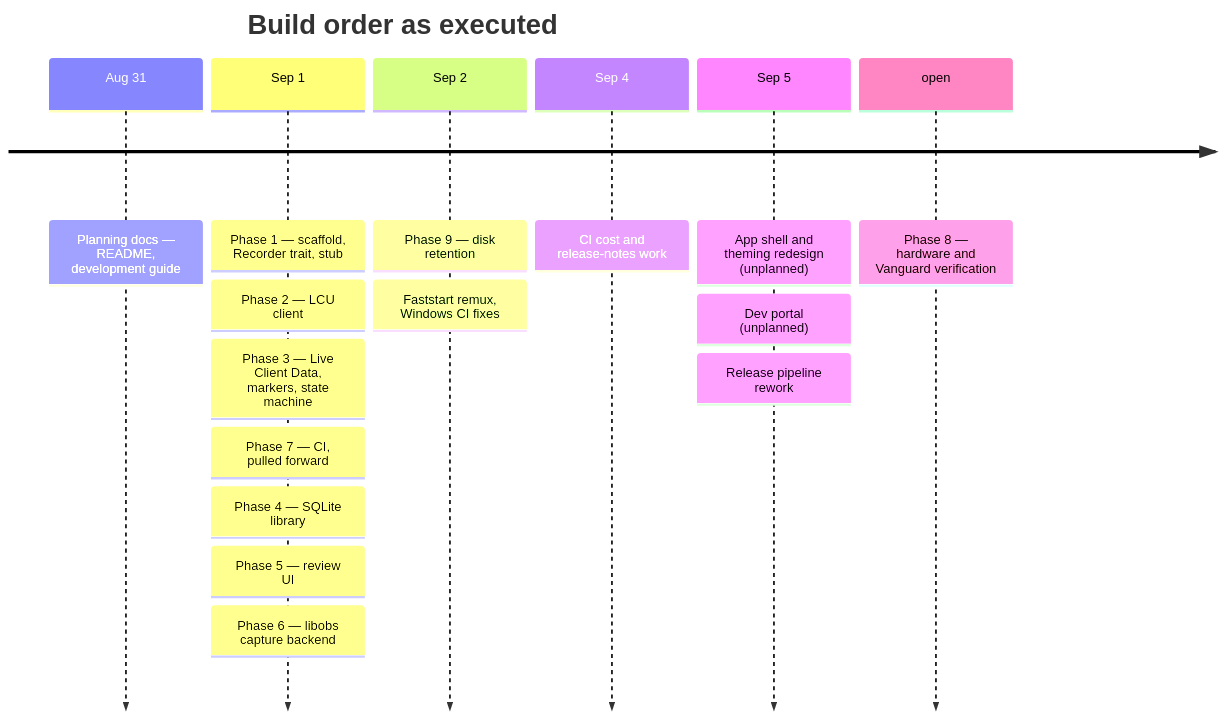
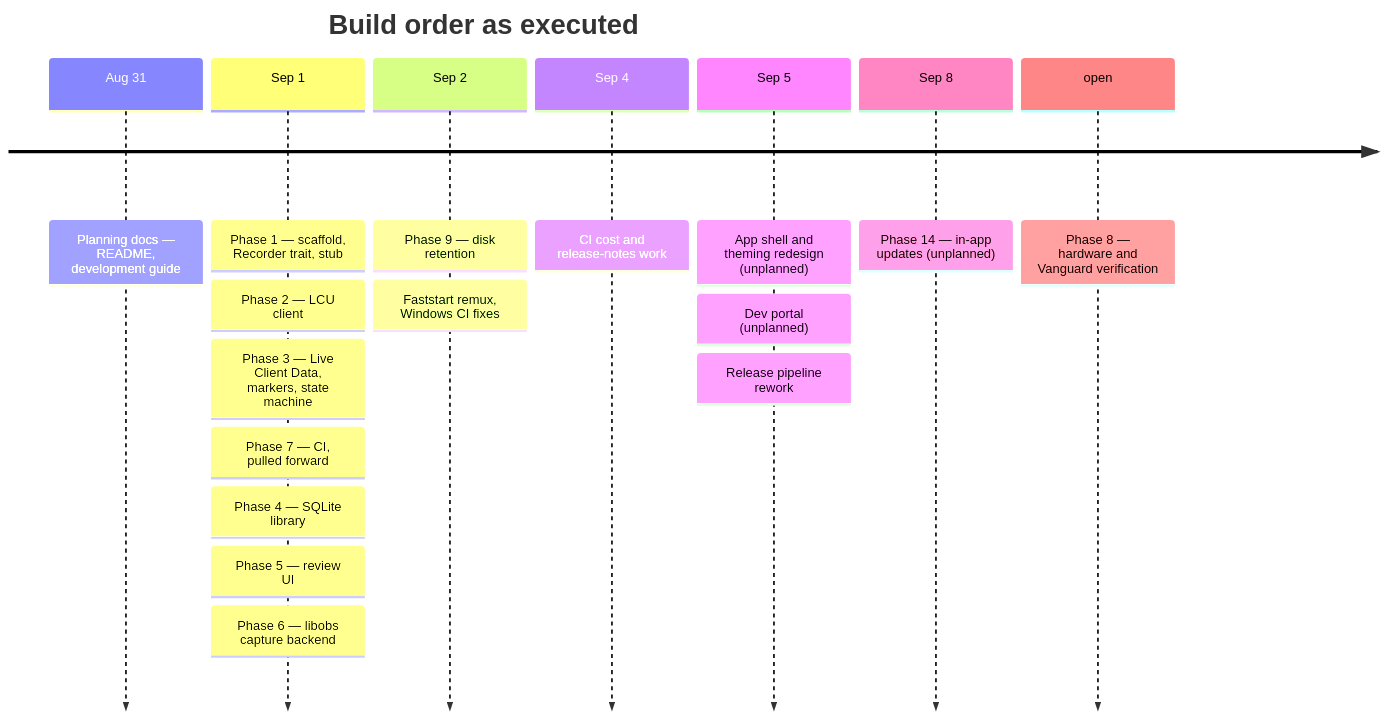
Before and after one commit to NinjaGoldfinch/ninja-recorder: the third of 3 diagrams in docs/product-design.md, drawn with Mermaid. The commit also changed other lines of this file and 23 other files, not shown here.

````diff
--- a/docs/product-design.md
+++ b/docs/product-design.md
@@ -184,19 +185,20 @@
 ```mermaid
 timeline
     title Build order as executed
     Aug 31 : Planning docs — README, development guide
     Sep 1  : Phase 1 — scaffold, Recorder trait, stub
            : Phase 2 — LCU client
            : Phase 3 — Live Client Data, markers, state machine
            : Phase 7 — CI, pulled forward
            : Phase 4 — SQLite library
            : Phase 5 — review UI
            : Phase 6 — libobs capture backend
     Sep 2  : Phase 9 — disk retention
            : Faststart remux, Windows CI fixes
     Sep 4  : CI cost and release-notes work
     Sep 5  : App shell and theming redesign (unplanned)
            : Dev portal (unplanned)
            : Release pipeline rework
+    Sep 8  : Phase 14 — in-app updates (unplanned)
     open   : Phase 8 — hardware and Vanguard verification
 ```
````
